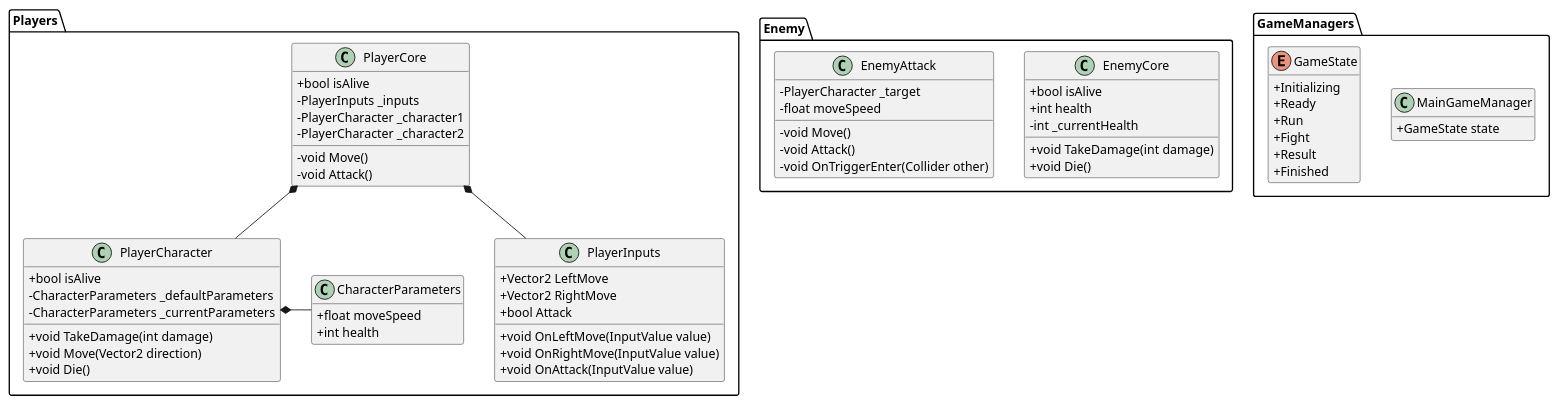
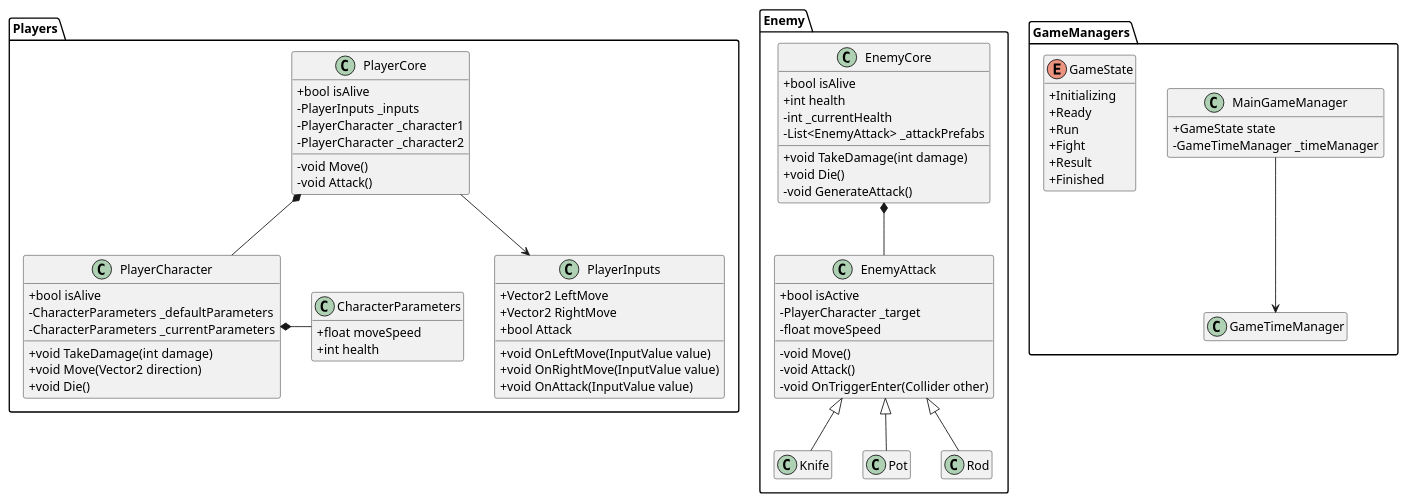
Before and after one commit to asterisk-cn/BSGJ-E1: the diagram in UML/class.pu, drawn with PlantUML. The commit also changed 2 other files, not shown here.

Commit message:
doc: update uml

```diff
--- a/UML/class.pu
+++ b/UML/class.pu
@@ -1,99 +1,101 @@
 @startuml Class
 skinparam classAttributeIconSize 0
 hide empty members
 
 namespace Players {
     class CharacterParameters{
         + float moveSpeed
         + int health
     }
 
     class PlayerInputs{
         + Vector2 LeftMove
         + Vector2 RightMove
         + bool Attack
 
         + void OnLeftMove(InputValue value)
         + void OnRightMove(InputValue value)
         + void OnAttack(InputValue value)
     }
 
 
     class PlayerCore {
         + bool isAlive
         - PlayerInputs _inputs
         - PlayerCharacter _character1
         - PlayerCharacter _character2
 
         - void Move()
         - void Attack()
     }
 
-    PlayerCore *-- PlayerInputs
+    PlayerCore --> PlayerInputs
 
     class PlayerCharacter {
         + bool isAlive
         - CharacterParameters _defaultParameters
         - CharacterParameters _currentParameters
-    
+
         + void TakeDamage(int damage)
         + void Move(Vector2 direction)
         + void Die()
     }
 
     PlayerCharacter *- CharacterParameters
     PlayerCore *-- PlayerCharacter
 }
 
 namespace Enemy {
     class EnemyCore {
         + bool isAlive
         + int health
         - int _currentHealth
-        
+        - List<EnemyAttack> _attackPrefabs
+
         + void TakeDamage(int damage)
         + void Die()
+        - void GenerateAttack()
     }
 
     class EnemyAttack {
+        + bool isActive
         - PlayerCharacter _target
         - float moveSpeed
 
         - void Move()
         - void Attack()
         - void OnTriggerEnter(Collider other)
     }
+
+    EnemyCore *-- EnemyAttack
+
+    class Knife
+    class Pot
+    Class Rod
+
+    EnemyAttack <|-- Knife
+    EnemyAttack <|-- Pot
+    EnemyAttack <|-- Rod
 }
 
 namespace GameManagers {
-'     abstract class BaseGameManager
-'     BaseGameManager -|> Players.IGameStatusReadable
-'     BaseGameManager --u> PlayerProvider
-'     BaseGameManager --u> GameTimeManager
-'     BaseGameManager ..> Players.PlayerCore
-
-'     class MainGameManager
-'     MainGameManager --u|> BaseGameManager
-
-'     class DebugGameManager
-'     DebugGameManager --u|> BaseGameManager
-
-
-'     class PlayerProvider
-'     class GameTimeManager
-
     class MainGameManager {
         + GameState state
+        - GameTimeManager _timeManager
     }
 
     enum GameState{
         + Initializing
         + Ready
         + Run
         + Fight
         + Result
         + Finished
     }
+
+    class GameTimeManager
+
+    MainGameManager --> GameTimeManager
 }
 
 @enduml
```
